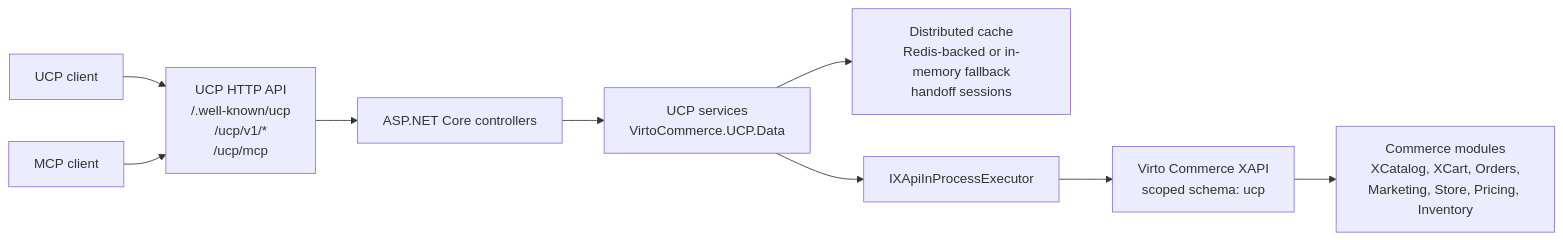
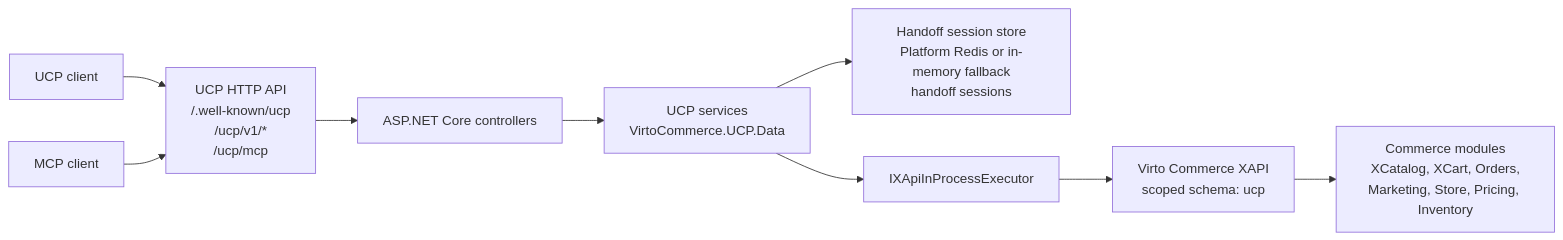
The diagram in README.md (VirtoCommerce/vc-module-ucp), drawn with Mermaid before and after one commit. The commit also changed other lines of this file and 11 other files, not shown here.

Commit message:
Switch to use XAPI _distributedLock and added IUcpHandoffSessionStore

````diff
--- a/README.md
+++ b/README.md
@@ -214,21 +216,21 @@
 ```mermaid
 flowchart LR
     Client["UCP client"]
     McpClient["MCP client"]
     UcpHttp["UCP HTTP API<br/>/.well-known/ucp<br/>/ucp/v1/*<br/>/ucp/mcp"]
     Controllers["ASP.NET Core controllers"]
     Services["UCP services<br/>VirtoCommerce.UCP.Data"]
-    Cache["Distributed cache<br/>Redis-backed or in-memory fallback<br/>handoff sessions"]
+    Cache["Handoff session store<br/>Platform Redis or in-memory fallback<br/>handoff sessions"]
     Executor["IXApiInProcessExecutor"]
     XApi["Virto Commerce XAPI<br/>scoped schema: ucp"]
     Modules["Commerce modules<br/>XCatalog, XCart, Orders,<br/>Marketing, Store, Pricing, Inventory"]
 
     Client --> UcpHttp
     McpClient --> UcpHttp
     UcpHttp --> Controllers
     Controllers --> Services
     Services --> Cache
     Services --> Executor
     Executor --> XApi
     XApi --> Modules
 ```
````
